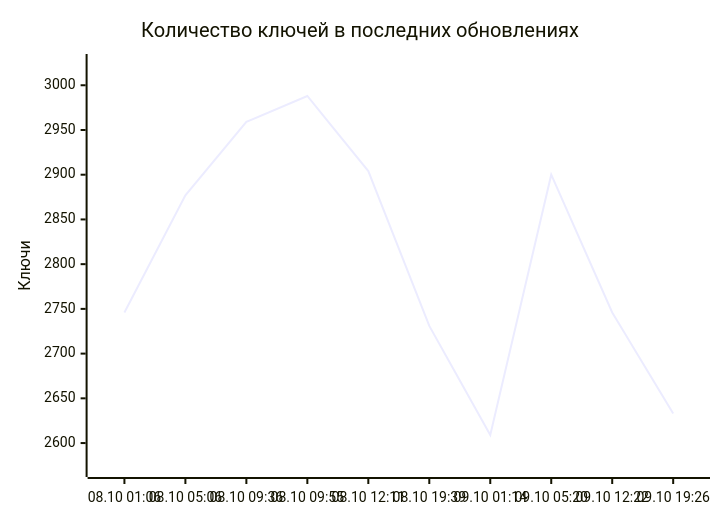
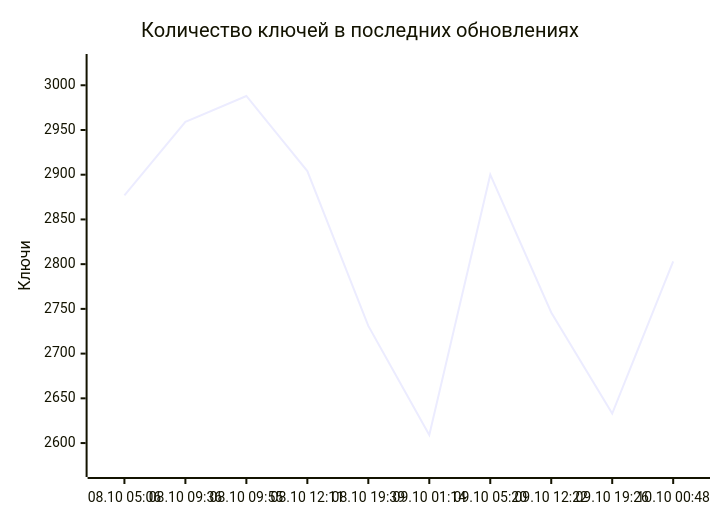
Before and after one commit to markKikhtenko/WireVeil: the diagram in README.md, drawn with Mermaid. The commit also changed other lines of this file and 13 other files, not shown here.

````diff
--- a/README.md
+++ b/README.md
@@ -55,7 +55,7 @@
 ```mermaid
 xychart-beta
     title "Количество ключей в последних обновлениях"
-    x-axis ["08.10 01:06", "08.10 05:06", "08.10 09:36", "08.10 09:55", "08.10 12:11", "08.10 19:39", "09.10 01:14", "09.10 05:20", "09.10 12:22", "09.10 19:26"]
+    x-axis ["08.10 05:06", "08.10 09:36", "08.10 09:55", "08.10 12:11", "08.10 19:39", "09.10 01:14", "09.10 05:20", "09.10 12:22", "09.10 19:26", "10.10 00:48"]
     y-axis "Ключи" 2571 --> 3026
-    line [2746, 2877, 2959, 2988, 2904, 2731, 2609, 2900, 2746, 2633]
+    line [2877, 2959, 2988, 2904, 2731, 2609, 2900, 2746, 2633, 2803]
 ```
````
